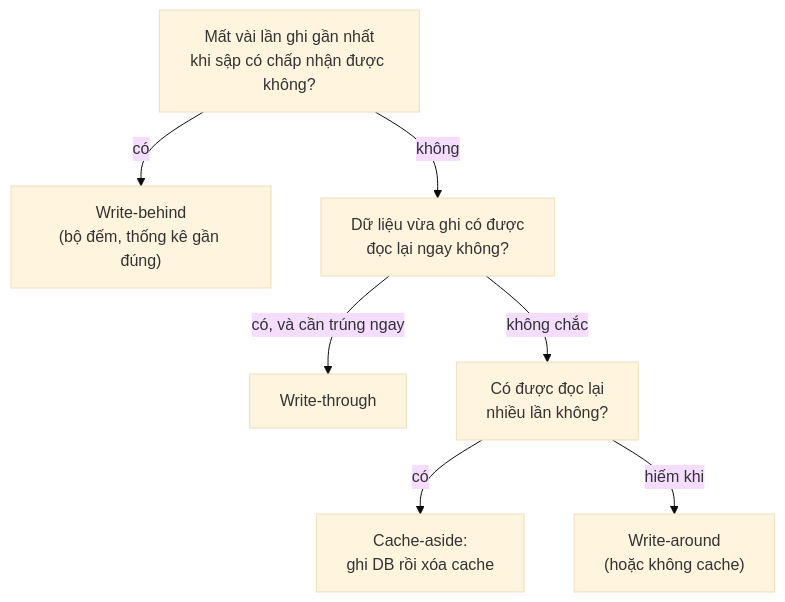
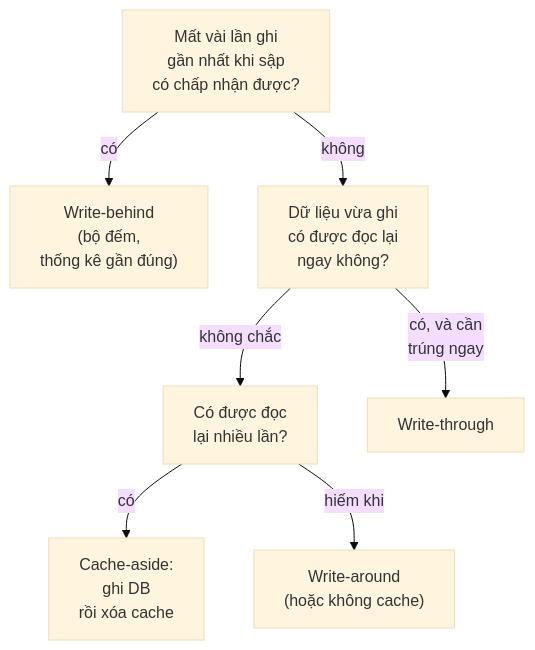
The second of 2 diagrams in content/posts/2026-11-22-caching-patterns.md (duongbui234/software-engineering-atlas), drawn with Mermaid (base theme) before and after one commit. The commit also changed other lines of this file and 134 other files, not shown here.

First line of the commit message:
Fit every Mermaid diagram at 390px without sideways scroll (#56)

````diff
--- a/content/posts/2026-11-22-caching-patterns.md
+++ b/content/posts/2026-11-22-caching-patterns.md
@@ -159,9 +160,9 @@
 ```mermaid
 flowchart TB
-    Q1["Mất vài lần ghi gần nhất<br/>khi sập có chấp nhận được không?"] -->|"có"| WB["Write-behind<br/>(bộ đếm, thống kê gần đúng)"]
-    Q1 -->|"không"| Q2["Dữ liệu vừa ghi có được<br/>đọc lại ngay không?"]
-    Q2 -->|"có, và cần trúng ngay"| WT["Write-through"]
-    Q2 -->|"không chắc"| Q3["Có được đọc lại<br/>nhiều lần không?"]
-    Q3 -->|"có"| CA["Cache-aside:<br/>ghi DB rồi xóa cache"]
+    Q1["Mất vài lần ghi<br/>gần nhất khi sập<br/>có chấp nhận được?"] -->|"có"| WB["Write-behind<br/>(bộ đếm,<br/>thống kê gần đúng)"]
+    Q1 -->|"không"| Q2["Dữ liệu vừa ghi<br/>có được đọc lại<br/>ngay không?"]
+    Q2 -->|"không chắc"| Q3["Có được đọc<br/>lại nhiều lần?"]
+    Q2 -->|"có, và cần<br/>trúng ngay"| WT["Write-through"]
+    Q3 -->|"có"| CA["Cache-aside:<br/>ghi DB<br/>rồi xóa cache"]
     Q3 -->|"hiếm khi"| WA["Write-around<br/>(hoặc không cache)"]
 ```
````
